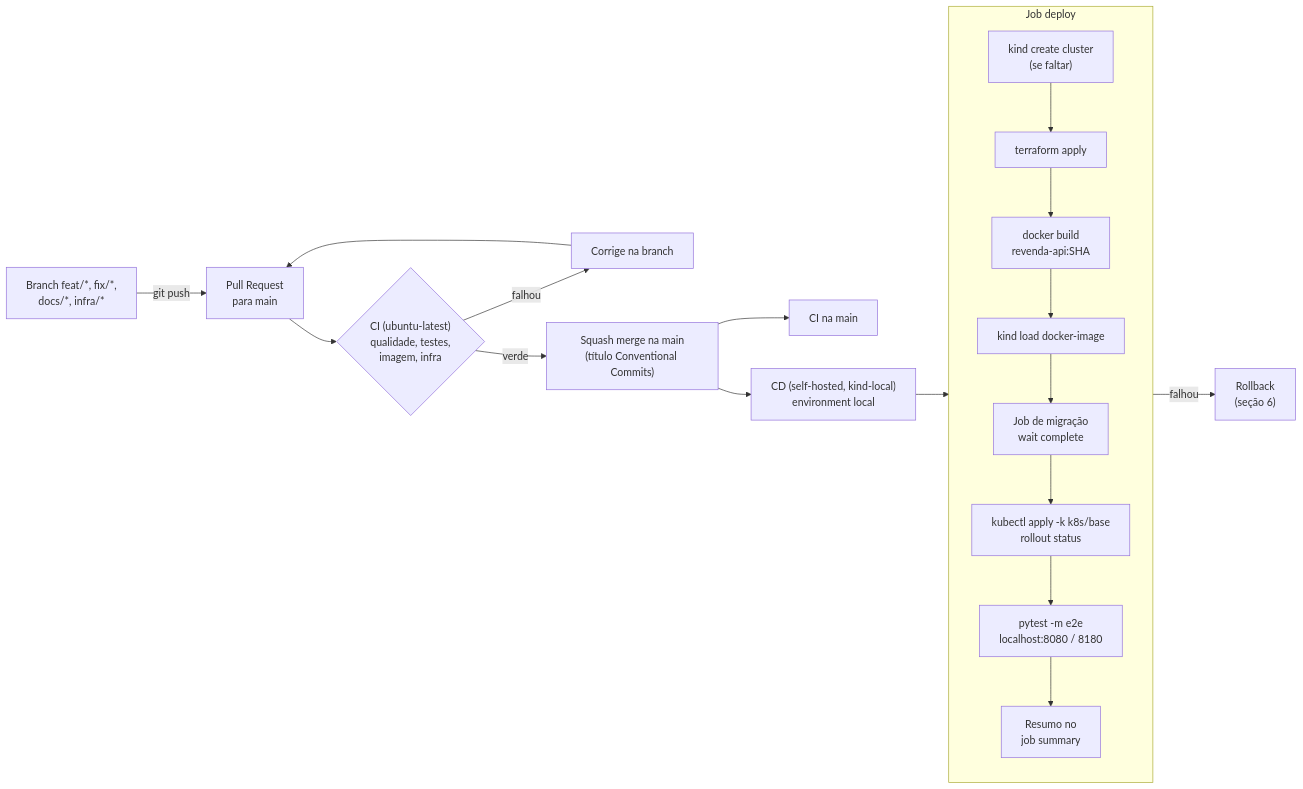
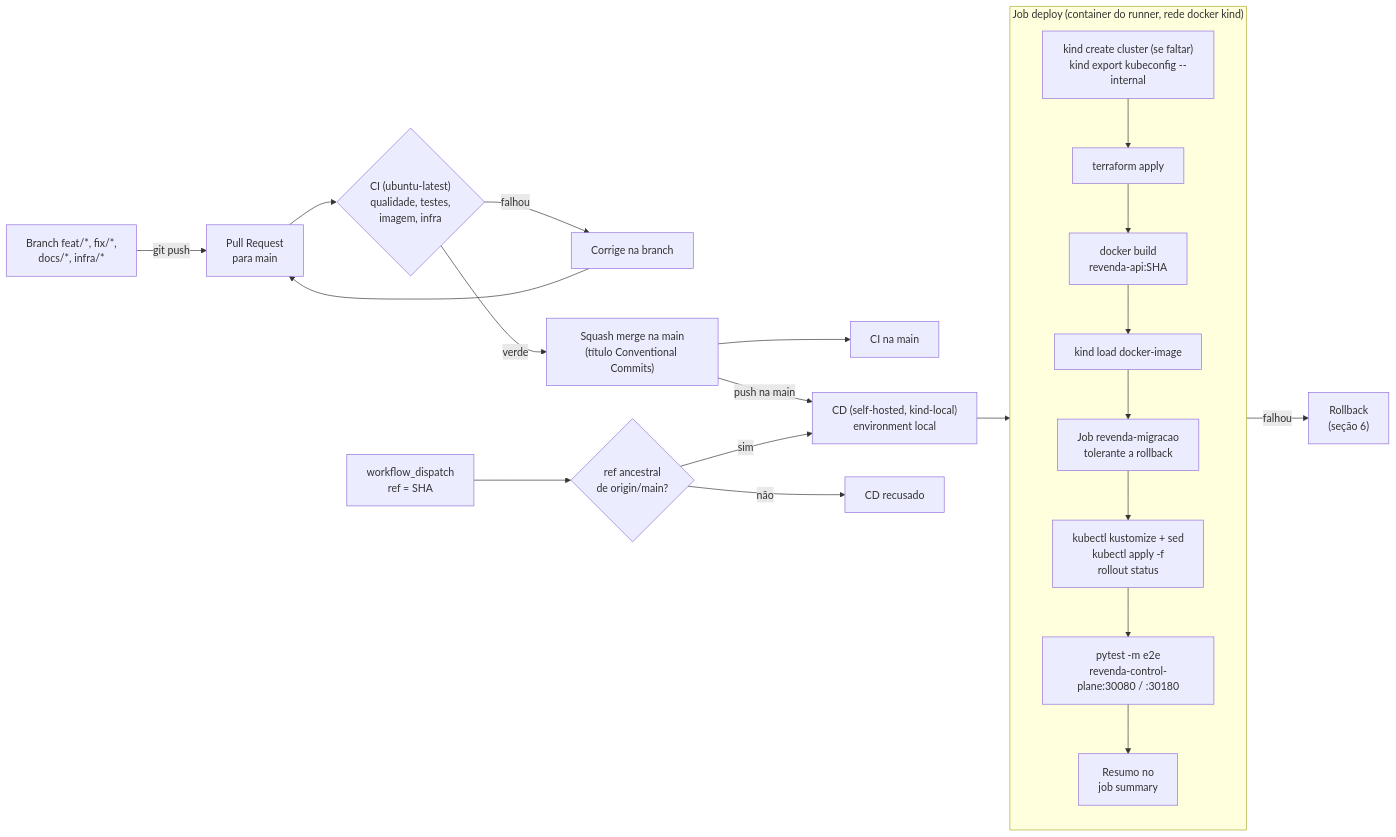
One commit to Caina-Climaco/fiap-soat-revenda-veiculos changed the diagram in docs/08-ci-cd-infra.md. Above: the diagram before and after it, drawn with Mermaid. The commit also changed other lines of this file and 59 other files, not shown here.

First line of the commit message:
feat: observabilidade, validacoes, migracao tolerante a rollback e documentacao da fase 3 (#7)

````diff
--- a/docs/08-ci-cd-infra.md
+++ b/docs/08-ci-cd-infra.md
@@ -124,16 +136,19 @@
 ```mermaid
 flowchart LR
   dev["Branch feat/*, fix/*,<br/>docs/*, infra/*"] -->|"git push"| pr["Pull Request<br/>para main"]
   pr --> ci{"CI (ubuntu-latest)<br/>qualidade, testes,<br/>imagem, infra"}
   ci -->|"falhou"| fix["Corrige na branch"] --> pr
   ci -->|"verde"| merge["Squash merge na main<br/>(título Conventional Commits)"]
   merge --> ci2["CI na main"]
-  merge --> cd["CD (self-hosted, kind-local)<br/>environment local"]
-  subgraph CDJOB["Job deploy"]
+  merge -->|"push na main"| cd["CD (self-hosted, kind-local)<br/>environment local"]
+  disp["workflow_dispatch<br/>ref = SHA"] --> val{"ref ancestral<br/>de origin/main?"}
+  val -->|"não"| recusa["CD recusado"]
+  val -->|"sim"| cd
+  subgraph CDJOB["Job deploy (container do runner, rede docker kind)"]
     direction TB
-    kc["kind create cluster<br/>(se faltar)"] --> tf["terraform apply"] --> build["docker build<br/>revenda-api:SHA"] --> load["kind load docker-image"]
-    load --> mig["Job de migração<br/>wait complete"] --> roll["kubectl apply -k k8s/base<br/>rollout status"] --> e2e["pytest -m e2e<br/>localhost:8080 / 8180"] --> sum["Resumo no<br/>job summary"]
+    kc["kind create cluster (se faltar)<br/>kind export kubeconfig --internal"] --> tf["terraform apply"] --> build["docker build<br/>revenda-api:SHA"] --> load["kind load docker-image"]
+    load --> mig["Job revenda-migracao<br/>tolerante a rollback"] --> roll["kubectl kustomize + sed<br/>kubectl apply -f<br/>rollout status"] --> e2e["pytest -m e2e<br/>revenda-control-plane:30080 / :30180"] --> sum["Resumo no<br/>job summary"]
   end
   cd --> kc
   e2e -->|"falhou"| rb["Rollback<br/>(seção 6)"]
 ```
````
